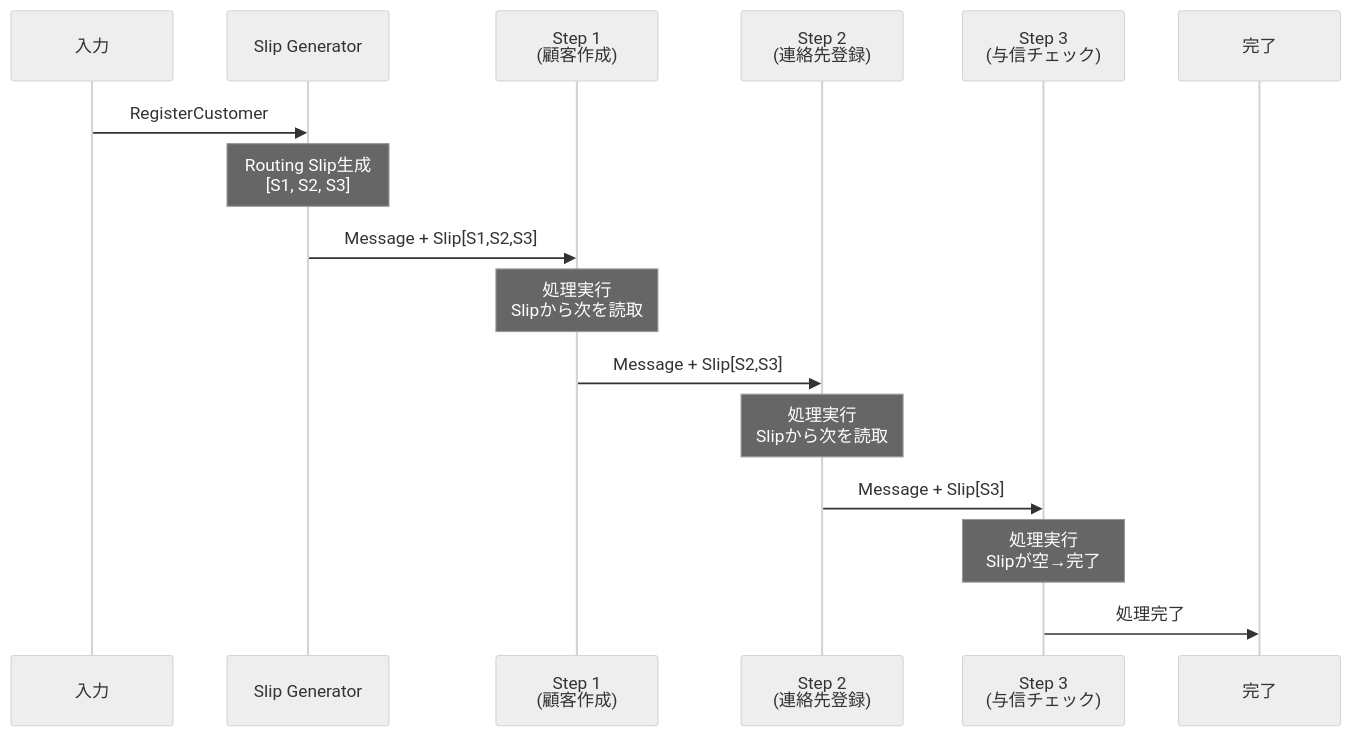
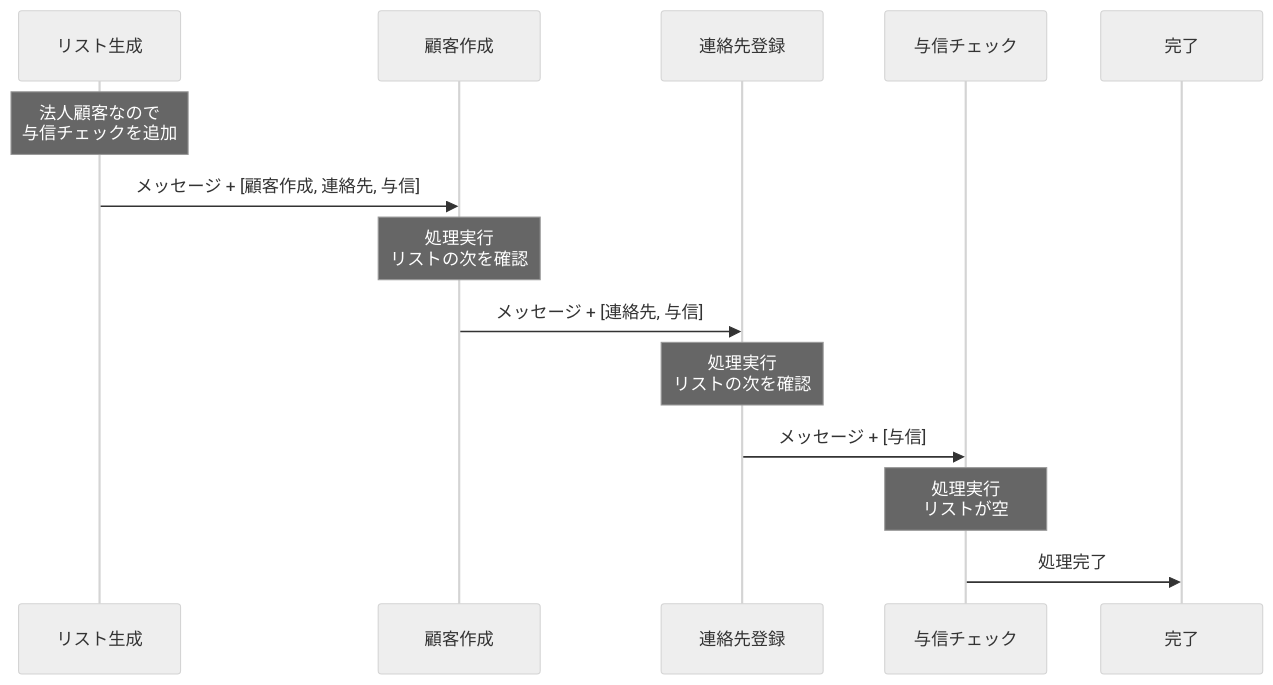
Before and after one commit to tomoikey/quartz: the fourth of 6 diagrams in content/programming/reactive_messaging_pattern/composed-routers/routing_slip.md, drawn with Mermaid (neutral theme). The commit also changed other lines of this file and 18 other files, not shown here.

````diff
--- a/content/programming/reactive_messaging_pattern/composed-routers/routing_slip.md
+++ b/content/programming/reactive_messaging_pattern/composed-routers/routing_slip.md
@@ -54,19 +99,20 @@
 ```mermaid
 sequenceDiagram
-    participant IN as 入力
-    participant GEN as Slip Generator
-    participant S1 as Step 1<br/>(顧客作成)
-    participant S2 as Step 2<br/>(連絡先登録)
-    participant S3 as Step 3<br/>(与信チェック)
-    participant OUT as 完了
+    participant GEN as リスト生成
+    participant S1 as 顧客作成
+    participant S2 as 連絡先登録
+    participant S3 as 与信チェック
+    participant DONE as 完了
 
-    IN->>GEN: RegisterCustomer
-    Note over GEN: Routing Slip生成<br/>[S1, S2, S3]
-    GEN->>S1: Message + Slip[S1,S2,S3]
-    Note over S1: 処理実行<br/>Slipから次を読取
-    S1->>S2: Message + Slip[S2,S3]
-    Note over S2: 処理実行<br/>Slipから次を読取
-    S2->>S3: Message + Slip[S3]
-    Note over S3: 処理実行<br/>Slipが空→完了
-    S3->>OUT: 処理完了
+    Note over GEN: 法人顧客なので<br/>与信チェックを追加
+    GEN->>S1: メッセージ + [顧客作成, 連絡先, 与信]
+
+    Note over S1: 処理実行<br/>リストの次を確認
+    S1->>S2: メッセージ + [連絡先, 与信]
+
+    Note over S2: 処理実行<br/>リストの次を確認
+    S2->>S3: メッセージ + [与信]
+
+    Note over S3: 処理実行<br/>リストが空
+    S3->>DONE: 処理完了
 ```
````
